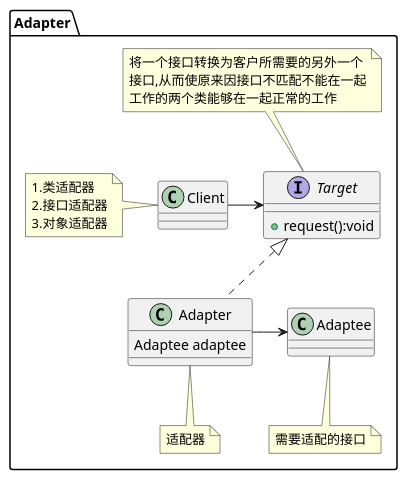
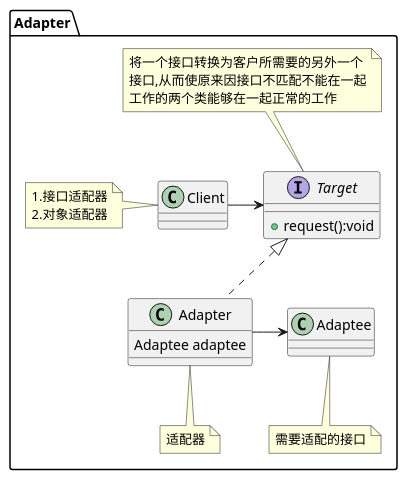
One commit to mxdldev/java-design-pattern changed the diagram in lib_design_pattern/src/main/java/com/mxdl/desigin/pattern/structure/a01_adapter/uml/Adapter.puml. Above: the diagram before and after it, drawn with PlantUML. The commit also changed 14 other files, not shown here.

```diff
--- a/lib_design_pattern/src/main/java/com/mxdl/desigin/pattern/structure/a01_adapter/uml/Adapter.puml
+++ b/lib_design_pattern/src/main/java/com/mxdl/desigin/pattern/structure/a01_adapter/uml/Adapter.puml
@@ -1,23 +1,23 @@
 @startuml
 package "Adapter"{
 
     interface Target{
         +request():void
     }
     note top:将一个接口转换为客户所需要的另外一个\n接口,从而使原来因接口不匹配不能在一起\n工作的两个类能够在一起正常的工作
     class Adapter
       note bottom:适配器
     class Adapter implements Target{
         Adaptee adaptee
     }
 
     class Adaptee
     note bottom:需要适配的接口
     Adapter ->Adaptee
 
     class Client
-    note left:1.类适配器\n2.接口适配器\n3.对象适配器
+    note left:1.接口适配器\n2.对象适配器
     Client ->Target
 }
 
 @enduml
```
